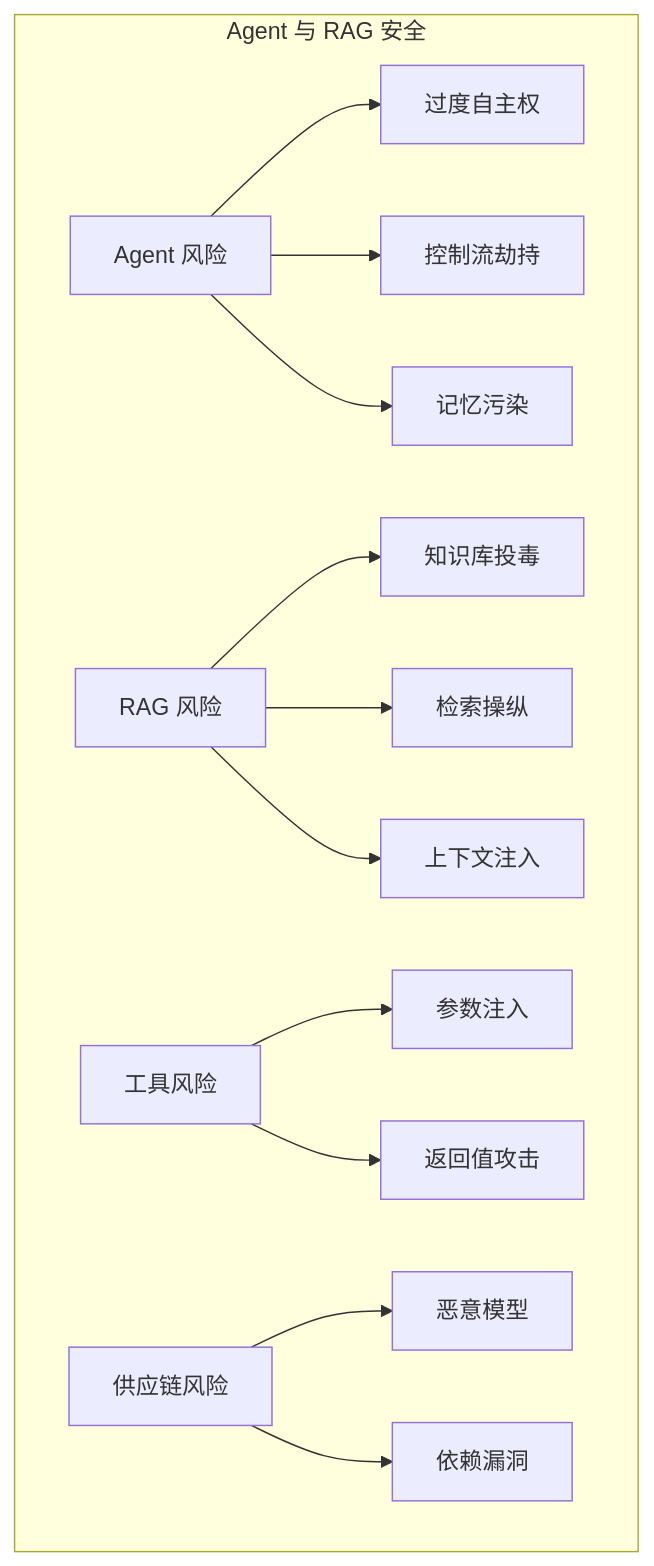
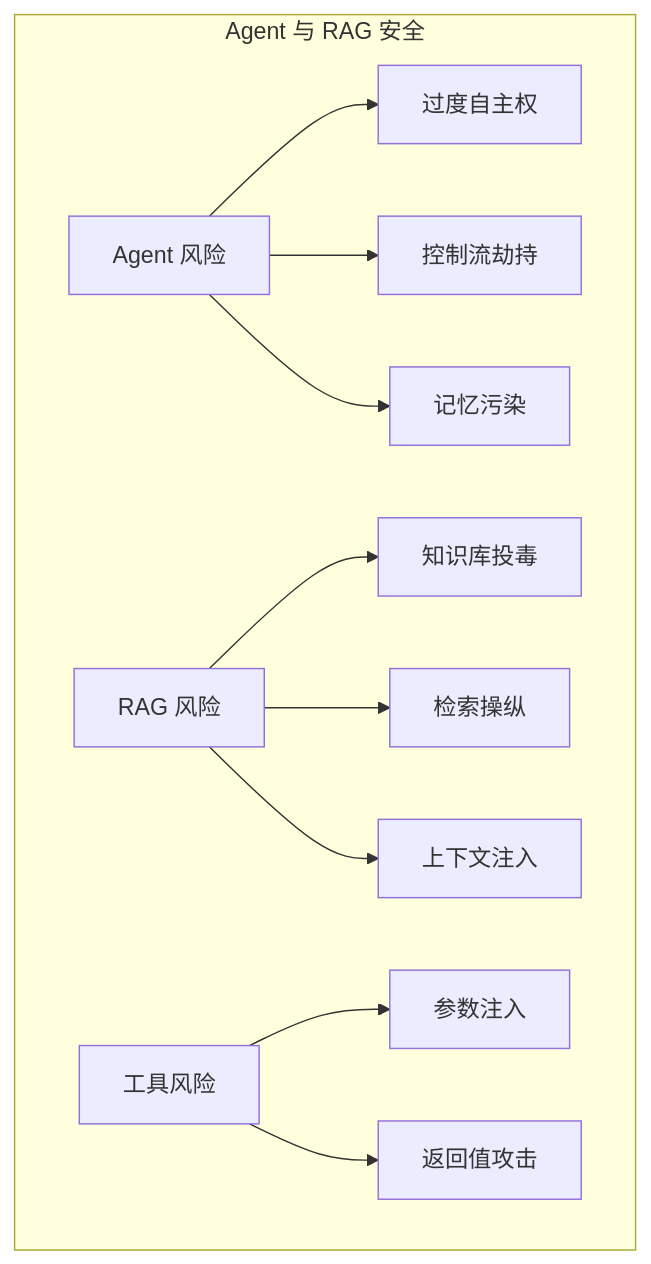
The diagram in 07_agent_rag_security/summary.md (yeasy/ai_security_guide), drawn with Mermaid before and after one commit. The commit also changed other lines of this file and 23 other files, not shown here.

````diff
--- a/07_agent_rag_security/summary.md
+++ b/07_agent_rag_security/summary.md
@@ -17,18 +15,15 @@
 ```mermaid
 graph TB
     subgraph "Agent 与 RAG 安全"
     A["Agent 风险"] --> A1["过度自主权"]
     A --> A2["控制流劫持"]
     A --> A3["记忆污染"]
     
     B["RAG 风险"] --> B1["知识库投毒"]
     B --> B2["检索操纵"]
     B --> B3["上下文注入"]
     
     C["工具风险"] --> C1["参数注入"]
     C --> C2["返回值攻击"]
-    
-    D["供应链风险"] --> D1["恶意模型"]
-    D --> D2["依赖漏洞"]
     end
 ```
````
